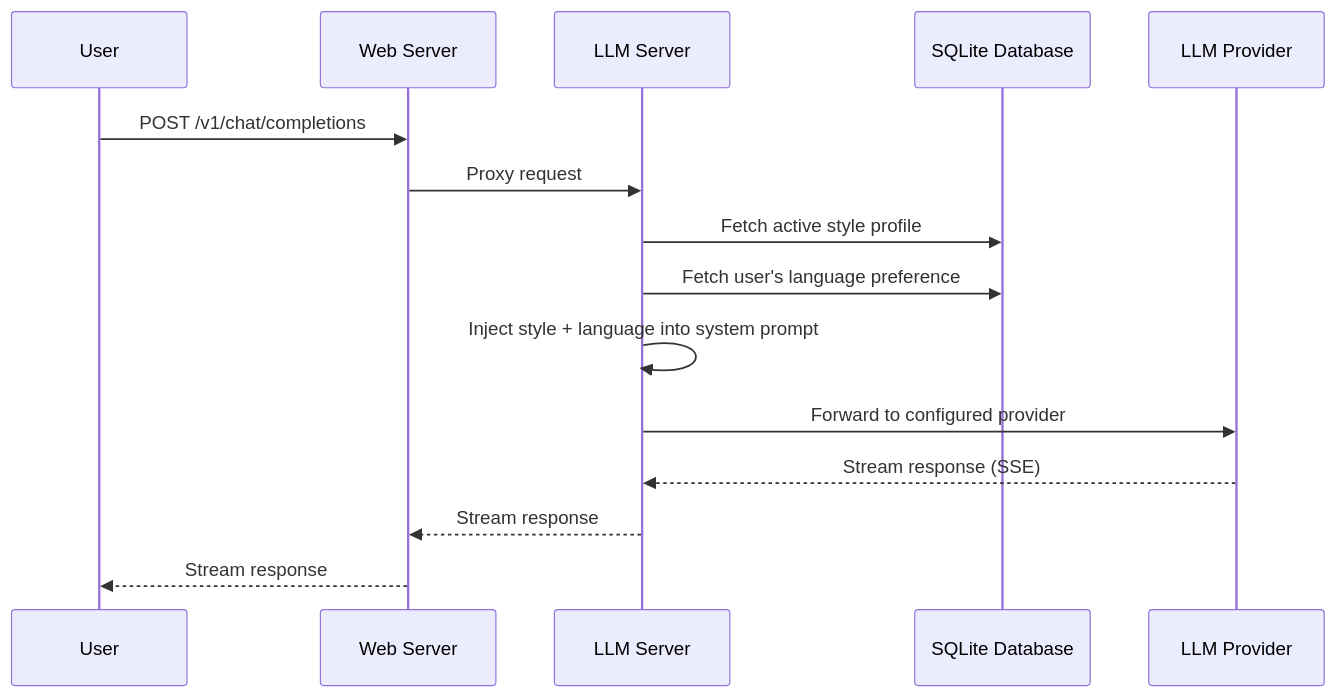
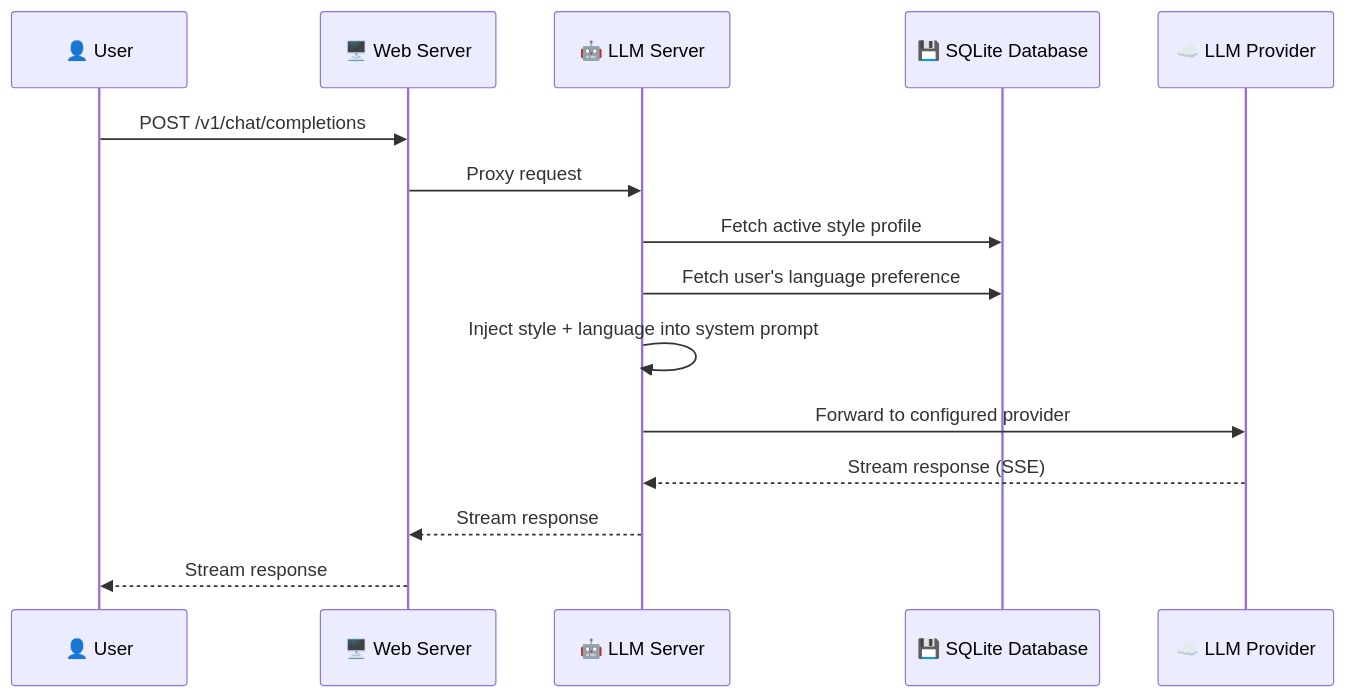
The sixth of 6 diagrams in docs/guide/architecture.md (openhoat/mesame), drawn with Mermaid before and after one commit. The commit also changed other lines of this file and 2 other files, not shown here.

First line of the commit message:
docs: improve Mermaid diagrams and remove WIP warning

````diff
--- a/docs/guide/architecture.md
+++ b/docs/guide/architecture.md
@@ -331,18 +350,18 @@
 ```mermaid
 sequenceDiagram
-    participant User
-    participant WebServer as Web Server
-    participant LLMProxy as LLM Server
-    participant DB as SQLite Database
-    participant LLM as LLM Provider
+    participant User as 👤 User
+    participant WebServer as 🖥️ Web Server
+    participant LLMProxy as 🤖 LLM Server
+    participant DB as 💾 SQLite Database
+    participant LLM as ☁️ LLM Provider
 
     User->>WebServer: POST /v1/chat/completions
     WebServer->>LLMProxy: Proxy request
     LLMProxy->>DB: Fetch active style profile
     LLMProxy->>DB: Fetch user's language preference
     LLMProxy->>LLMProxy: Inject style + language into system prompt
     LLMProxy->>LLM: Forward to configured provider
     LLM-->>LLMProxy: Stream response (SSE)
     LLMProxy-->>WebServer: Stream response
     WebServer-->>User: Stream response
 ```
````
